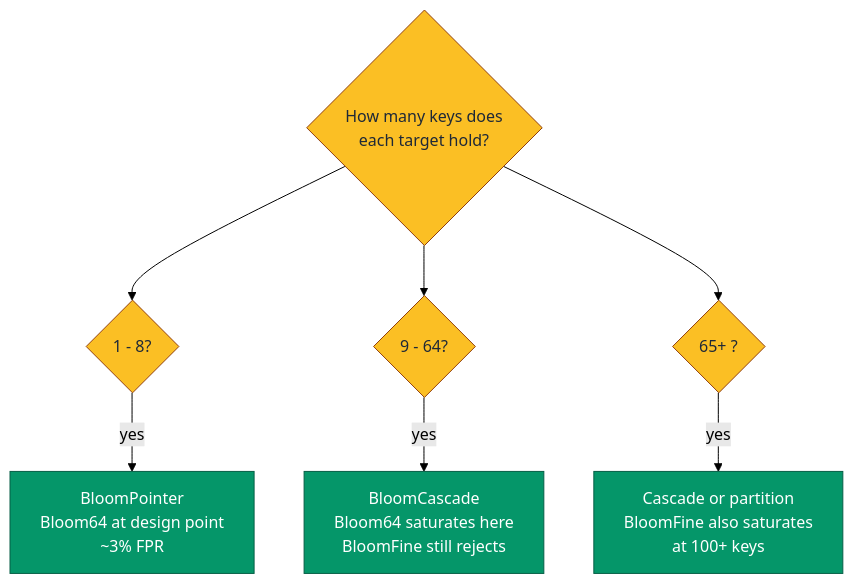
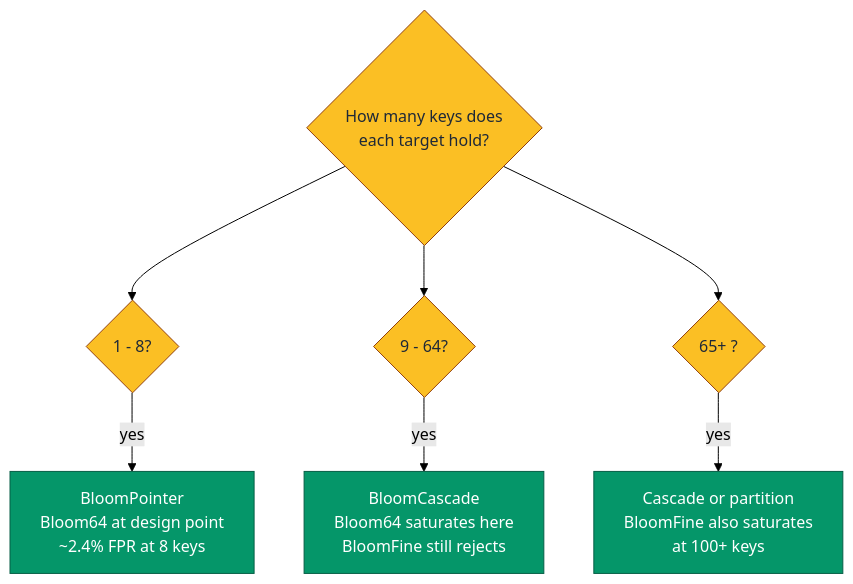
The first of 3 diagrams in wiki/content/docs/reference/subetha-pointers/exotic-pointers/bloom-pointer.md (Variably-Constant/SubEtha), drawn with Mermaid (forest theme) before and after one commit. The commit also changed other lines of this file and 471 other files, not shown here.

````diff
--- a/wiki/content/docs/reference/subetha-pointers/exotic-pointers/bloom-pointer.md
+++ b/wiki/content/docs/reference/subetha-pointers/exotic-pointers/bloom-pointer.md
@@ -106,15 +105,15 @@
 ```mermaid
 flowchart TD
     Q{How many keys does<br/>each target hold?} --> A{1 - 8?}
     Q --> B{9 - 64?}
     Q --> C{65+ ?}
-    A -->|yes| P1[BloomPointer<br/>Bloom64 at design point<br/>~3% FPR]
+    A -->|yes| P1[BloomPointer<br/>Bloom64 at design point<br/>~2.4% FPR at 8 keys]
     B -->|yes| P2[BloomCascade<br/>Bloom64 saturates here<br/>BloomFine still rejects]
     C -->|yes| P3[Cascade or partition<br/>BloomFine also saturates<br/>at 100+ keys]
 
     classDef question fill:#fbbf24,stroke:#92400e,color:#1f2937
     classDef branch fill:#fbbf24,stroke:#92400e,color:#1f2937
     classDef pick fill:#059669,stroke:#065f46,color:#ffffff
     class Q,A,B,C question
     class P1,P2,P3 pick
 ```
````
